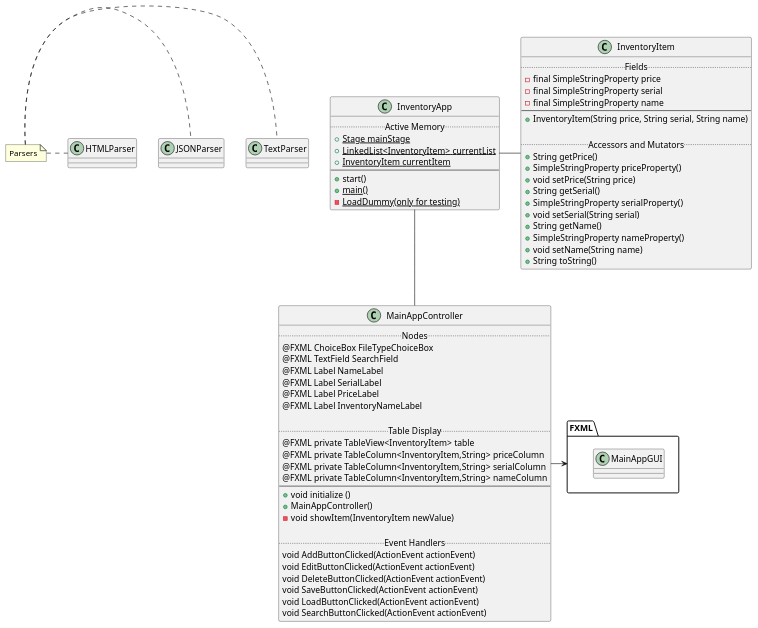
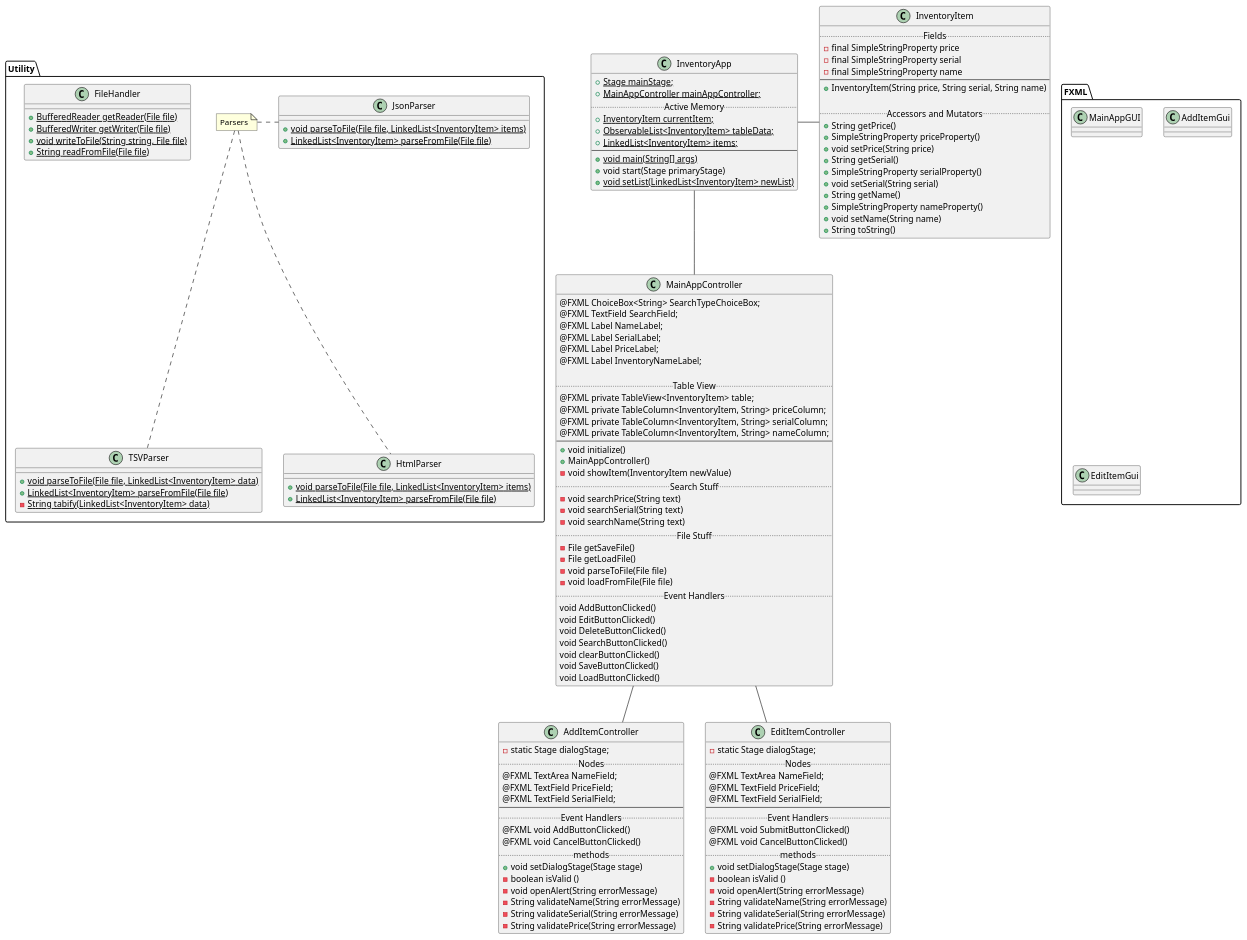
The diagram in uml/AppClasses.puml (G00SE-Y/Final-OOP-Project), drawn with PlantUML before and after one commit. The commit also changed 3 other files, not shown here.

```diff
--- a/uml/AppClasses.puml
+++ b/uml/AppClasses.puml
@@ -1,81 +1,164 @@
 @startuml
 'https://plantuml.com/class-diagram
 class InventoryApp {
++ {static} Stage mainStage;
++ {static} MainAppController mainAppController;
 ..Active Memory..
-+{static} Stage mainStage
-+{static} LinkedList<InventoryItem> currentList
-+{static} InventoryItem currentItem
++ {static} InventoryItem currentItem;
++ {static} ObservableList<InventoryItem> tableData;
++ {static} LinkedList<InventoryItem> items;
 --
-+start()
-+{static} main()
--{static} LoadDummy(only for testing)
++ {static} void main(String[] args)
++ void start(Stage primaryStage)
++ {static} void setList(LinkedList<InventoryItem> newList)
 }
 
+
 class MainAppController {
+@FXML ChoiceBox<String> SearchTypeChoiceBox;
+@FXML TextField SearchField;
+@FXML Label NameLabel;
+@FXML Label SerialLabel;
+@FXML Label PriceLabel;
+@FXML Label InventoryNameLabel;
+
+..Table View..
+@FXML private TableView<InventoryItem> table;
+@FXML private TableColumn<InventoryItem, String> priceColumn;
+@FXML private TableColumn<InventoryItem, String> serialColumn;
+@FXML private TableColumn<InventoryItem, String> nameColumn;
+--
++ void initialize()
++ MainAppController()
+- void showItem(InventoryItem newValue)
+..Search Stuff..
+- void searchPrice(String text)
+- void searchSerial(String text)
+- void searchName(String text)
+..File Stuff..
+- File getSaveFile()
+- File getLoadFile()
+- void parseToFile(File file)
+- void loadFromFile(File file)
+..Event Handlers..
+void AddButtonClicked()
+void EditButtonClicked()
+void DeleteButtonClicked()
+void SearchButtonClicked()
+void clearButtonClicked()
+void SaveButtonClicked()
+void LoadButtonClicked()
+}
+
+
+class AddItemController {
+- static Stage dialogStage;
 ..Nodes..
-@FXML ChoiceBox FileTypeChoiceBox
-@FXML TextField SearchField
-@FXML Label NameLabel
-@FXML Label SerialLabel
-@FXML Label PriceLabel
-@FXML Label InventoryNameLabel
+@FXML TextArea NameField;
+@FXML TextField PriceField;
+@FXML TextField SerialField;
+--
+..Event Handlers..
+@FXML void AddButtonClicked()
+@FXML void CancelButtonClicked()
+..methods..
++ void setDialogStage(Stage stage)
+- boolean isValid ()
+- void openAlert(String errorMessage)
+- String validateName(String errorMessage)
+- String validateSerial(String errorMessage)
+- String validatePrice(String errorMessage)
+}
 
-..Table Display..
-@FXML private TableView<InventoryItem> table
-@FXML private TableColumn<InventoryItem,String> priceColumn
-@FXML private TableColumn<InventoryItem,String> serialColumn
-@FXML private TableColumn<InventoryItem,String> nameColumn
+class EditItemController {
+- static Stage dialogStage;
+..Nodes..
+@FXML TextArea NameField;
+@FXML TextField PriceField;
+@FXML TextField SerialField;
 --
-+void initialize ()
-+MainAppController()
--void showItem(InventoryItem newValue)
+..Event Handlers..
+@FXML void SubmitButtonClicked()
+@FXML void CancelButtonClicked()
+..methods..
++ void setDialogStage(Stage stage)
+- boolean isValid ()
+- void openAlert(String errorMessage)
+- String validateName(String errorMessage)
+- String validateSerial(String errorMessage)
+- String validatePrice(String errorMessage)
+}
 
-..Event Handlers..
-void AddButtonClicked(ActionEvent actionEvent)
-void EditButtonClicked(ActionEvent actionEvent)
-void DeleteButtonClicked(ActionEvent actionEvent)
-void SaveButtonClicked(ActionEvent actionEvent)
-void LoadButtonClicked(ActionEvent actionEvent)
-void SearchButtonClicked(ActionEvent actionEvent)
-}
 
 class InventoryItem {
 ..Fields..
 - final SimpleStringProperty price
 - final SimpleStringProperty serial
 - final SimpleStringProperty name
 --
 + InventoryItem(String price, String serial, String name)
 
 ..Accessors and Mutators..
 + String getPrice()
 + SimpleStringProperty priceProperty()
 + void setPrice(String price)
 + String getSerial()
 + SimpleStringProperty serialProperty()
 + void setSerial(String serial)
 + String getName()
 + SimpleStringProperty nameProperty()
 + void setName(String name)
 + String toString()
 }
 
+
+
+
+
+package Utility {
+class FileHandler {
++{static} BufferedReader getReader(File file)
++{static} BufferedWriter getWriter(File file)
++{static} void writeToFile(String string, File file)
++{static} String readFromFile(File file)
+}
+
+class TSVParser {
++ {static} void parseToFile(File file, LinkedList<InventoryItem> data)
++ {static} LinkedList<InventoryItem> parseFromFile(File file)
+- {static} String tabify(LinkedList<InventoryItem> data)
+}
+
+class JsonParser {
++ {static} void parseToFile(File file, LinkedList<InventoryItem> items)
++ {static} LinkedList<InventoryItem> parseFromFile(File file)
+}
+
+class HtmlParser {
++ {static} void parseToFile(File file, LinkedList<InventoryItem> items)
++ {static} LinkedList<InventoryItem> parseFromFile(File file)
+}
+
+note "Parsers" as n1
+
+n1 .. TSVParser
+n1 . JsonParser
+n1 .. HtmlParser
+}
+
 package FXML {
 class MainAppGUI
+class AddItemGui
+class EditItemGui
 }
 
-class TextParser
-class JSONParser
-class HTMLParser
-note "Parsers" as n1
 
-n1 . TextParser
-n1 . JSONParser
-n1 . HTMLParser
 
 InventoryApp - InventoryItem
 InventoryApp -- MainAppController
 
-MainAppController -> FXML
+
+MainAppController -- AddItemController
+MainAppController -- EditItemController
 
 @enduml
```
